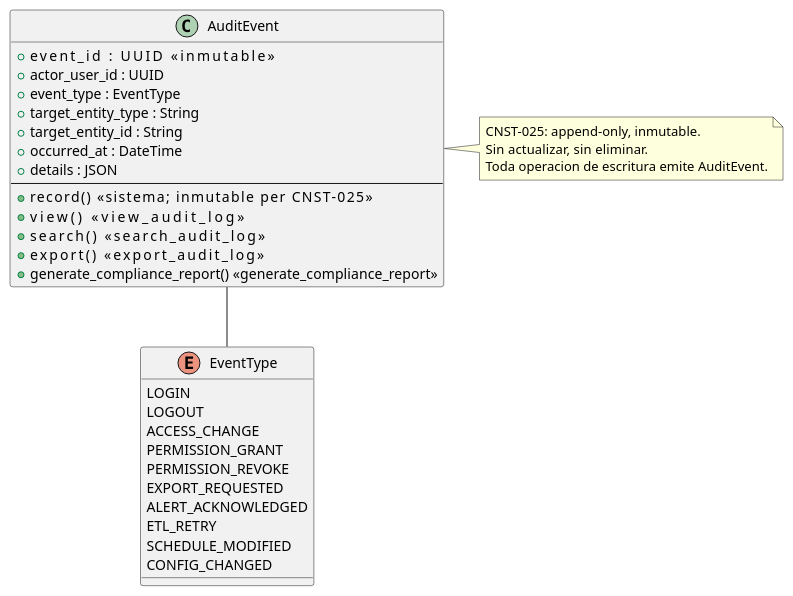
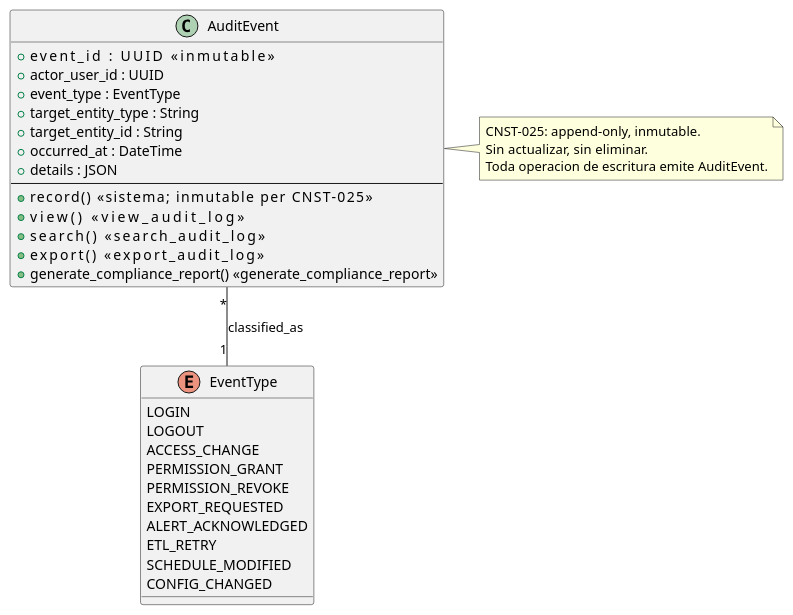
The diagram in source/arquitectura-tecnica/domain-model/audit-event.rst (jcg-admin/IACT-docs), drawn with PlantUML before and after one commit. The commit also changed 27 other files, not shown here.

First line of the commit message:
Apply UML rigor pass batch 2: Audit + Alerts + RBAC repos

```diff
--- a/source/arquitectura-tecnica/domain-model/audit-event.rst
+++ b/source/arquitectura-tecnica/domain-model/audit-event.rst
@@ -25,43 +25,43 @@
 .. uml::
  :caption: Clase AuditEvent — registro de auditoria append-only.
 
  @startuml
 
  class AuditEvent {
    + event_id : UUID                 <<inmutable>>
    + actor_user_id : UUID
    + event_type : EventType
    + target_entity_type : String
    + target_entity_id : String
    + occurred_at : DateTime
    + details : JSON
    --
    + record()                <<sistema; inmutable per CNST-025>>
    + view()                  <<view_audit_log>>
    + search()                <<search_audit_log>>
    + export()                <<export_audit_log>>
    + generate_compliance_report()  <<generate_compliance_report>>
  }
 
  enum EventType {
    LOGIN
    LOGOUT
    ACCESS_CHANGE
    PERMISSION_GRANT
    PERMISSION_REVOKE
    EXPORT_REQUESTED
    ALERT_ACKNOWLEDGED
    ETL_RETRY
    SCHEDULE_MODIFIED
    CONFIG_CHANGED
  }
 
- AuditEvent -- EventType
+ AuditEvent "*" -- "1" EventType : classified_as
 
  note right of AuditEvent
    CNST-025: append-only, inmutable.
    Sin actualizar, sin eliminar.
    Toda operacion de escritura emite AuditEvent.
  end note
 
  @enduml
```
